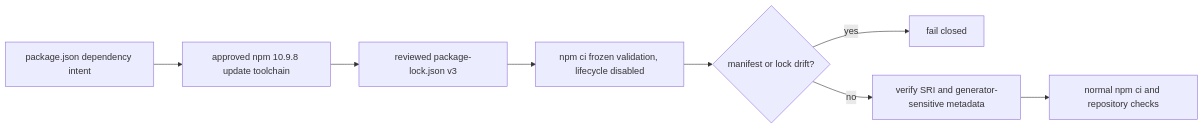
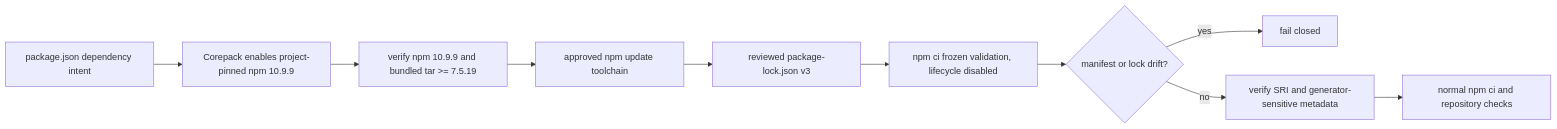
One commit to ContextualWisdomLab/bandscope changed the diagram in docs/doctoring/npm-lockfile-generator-provenance.md. Above: the diagram before and after it, drawn with Mermaid. The commit also changed other lines of this file, not shown here.

Commit message:
docs(supply-chain): record patched npm runtime boundary

````diff
--- a/docs/doctoring/npm-lockfile-generator-provenance.md
+++ b/docs/doctoring/npm-lockfile-generator-provenance.md
@@ -26,10 +34,12 @@
 ```mermaid
 flowchart LR
-    M[package.json dependency intent] --> G[approved npm 10.9.8 update toolchain]
+    M[package.json dependency intent] --> C[Corepack enables project-pinned npm 10.9.9]
+    C --> R[verify npm 10.9.9 and bundled tar >= 7.5.19]
+    R --> G[approved npm update toolchain]
     G --> L[reviewed package-lock.json v3]
     L --> V[npm ci frozen validation, lifecycle disabled]
     V --> D{manifest or lock drift?}
     D -->|yes| F[fail closed]
     D -->|no| S[verify SRI and generator-sensitive metadata]
-    S --> C[normal npm ci and repository checks]
+    S --> N[normal npm ci and repository checks]
 ```
````
